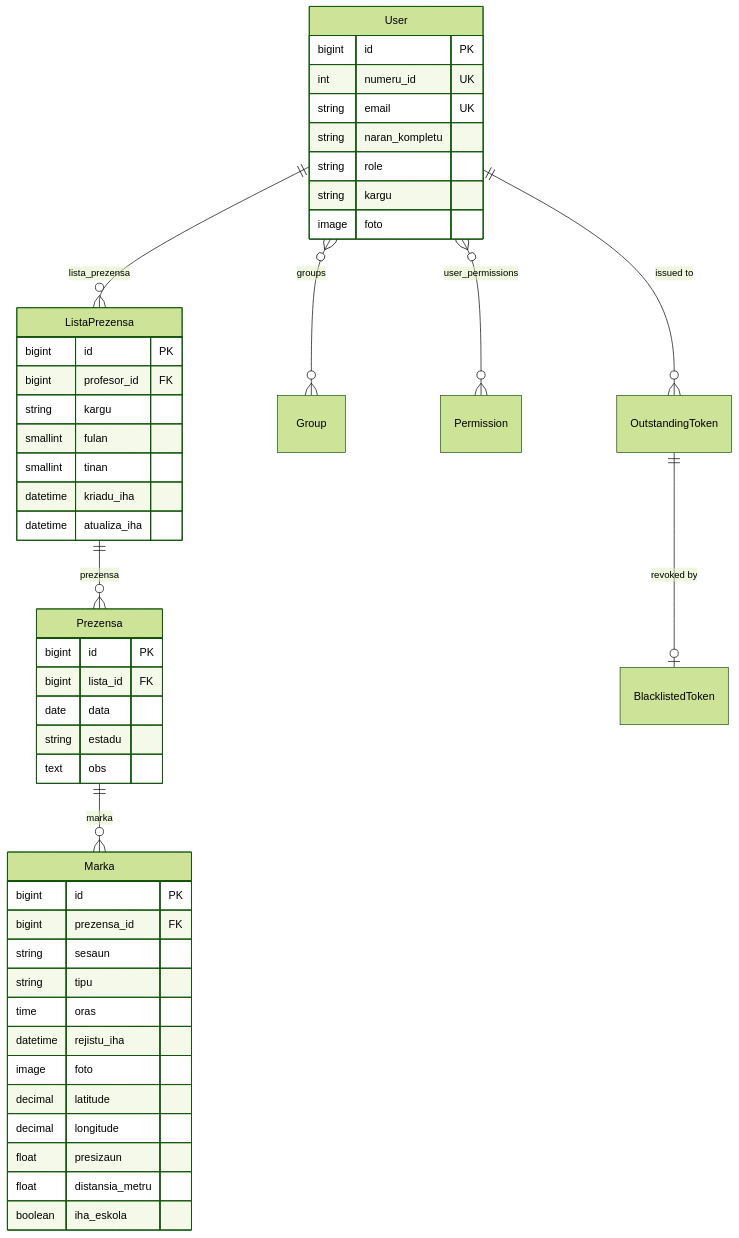
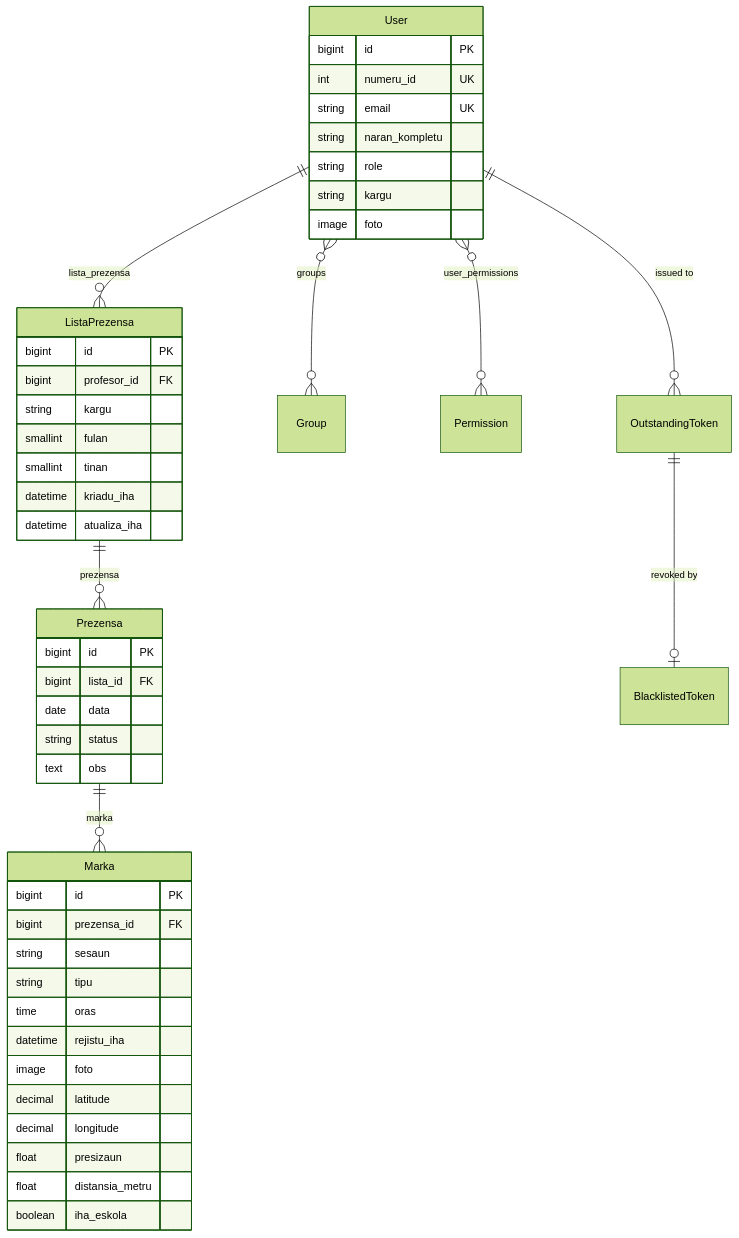
Before and after one commit to juliao-martins-dev/eti-api: the diagram in docs/plan.md, drawn with Mermaid (forest theme). The commit also changed other lines of this file, not shown here.

Commit message:
docs(plan): record the estadu to status rename

````diff
--- a/docs/plan.md
+++ b/docs/plan.md
@@ -207,50 +207,50 @@
 ```mermaid
 erDiagram
     User ||--o{ ListaPrezensa : "lista_prezensa"
     ListaPrezensa ||--o{ Prezensa : "prezensa"
     Prezensa ||--o{ Marka : "marka"
     User }o--o{ Group : "groups"
     User }o--o{ Permission : "user_permissions"
     User ||--o{ OutstandingToken : "issued to"
     OutstandingToken ||--o| BlacklistedToken : "revoked by"
 
     User {
         bigint id PK
         int numeru_id UK
         string email UK
         string naran_kompletu
         string role
         string kargu
         image foto
     }
     ListaPrezensa {
         bigint id PK
         bigint profesor_id FK
         string kargu
         smallint fulan
         smallint tinan
         datetime kriadu_iha
         datetime atualiza_iha
     }
     Prezensa {
         bigint id PK
         bigint lista_id FK
         date data
-        string estadu
+        string status
         text obs
     }
     Marka {
         bigint id PK
         bigint prezensa_id FK
         string sesaun
         string tipu
         time oras
         datetime rejistu_iha
         image foto
         decimal latitude
         decimal longitude
         float presizaun
         float distansia_metru
         boolean iha_eskola
     }
 ```
````
